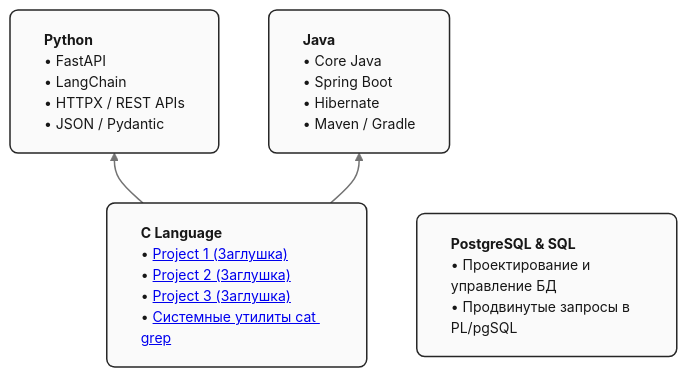
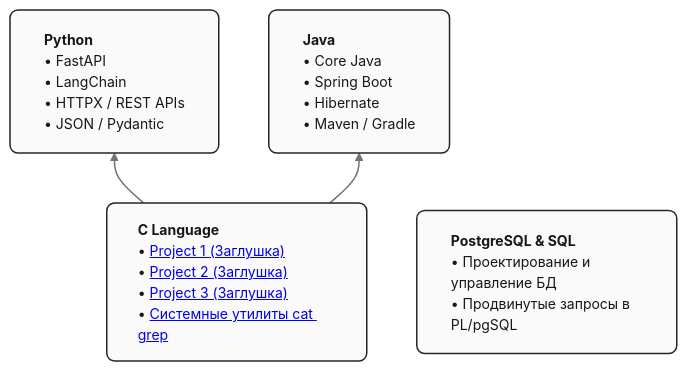
One commit to fanofanapa/fanofanapa changed the diagram in README.md. Above: the diagram before and after it, drawn with Mermaid.

````diff
--- a/README.md
+++ b/README.md
@@ -1,20 +1,20 @@
 ```mermaid
 %%{init: {'theme': 'base', 'themeVariables': { 'fontSize': '14px', 'fontFamily': 'Inter, system-ui, -apple-system, sans-serif' }}}%%
 flowchart BT
-    c_lang["<div style='text-align: left; padding: 4px;'><b>C Language</b><br/>• <a href='https://github.com/'>Project 1 (Заглушка)</a><br/>• <a href='https://github.com/'>Project 2 (Заглушка)</a><br/>• <a href='https://github.com/'>Project 3 (Заглушка)</a><br/>• <a href='https://github.com/fanofanapa/cat_grep_educational/tree/main'>Системные утилиты cat grep</a></div>"]
+    c_lang["<div style='text-align: left; padding: 1px;'><b>C Language</b><br/>• <a href='https://github.com/'>Project 1 (Заглушка)</a><br/>• <a href='https://github.com/'>Project 2 (Заглушка)</a><br/>• <a href='https://github.com/'>Project 3 (Заглушка)</a><br/>• <a href='https://github.com/fanofanapa/cat_grep_educational/tree/main'>Системные утилиты cat grep</a></div>"]
     
     sql["<div style='text-align: left; padding: 4px;'><b>PostgreSQL & SQL</b><br/>• Проектирование и управление БД<br/>• Продвинутые запросы в PL/pgSQL</div>"]
 
     java["<div style='text-align: left; padding: 4px;'><b>Java</b><br/>• Core Java<br/>• Spring Boot<br/>• Hibernate<br/>• Maven / Gradle</div>"]
     
     python["<div style='text-align: left; padding: 4px;'><b>Python</b><br/>• FastAPI<br/>• LangChain<br/>• HTTPX / REST APIs<br/>• JSON / Pydantic</div>"]
 
     c_lang --> python
     c_lang --> java
 
     %% Минималистичный стиль узлов: светлый фон, темные тонкие рамки, скругленные углы (rx/ry)
     classDef default fill:#fafafa,stroke:#262626,stroke-width:1.5px,color:#171717,rx:8px,ry:8px;
     
     %% Строгий стиль линий
     linkStyle default stroke:#737373,stroke-width:1.5px;
 ```
````
